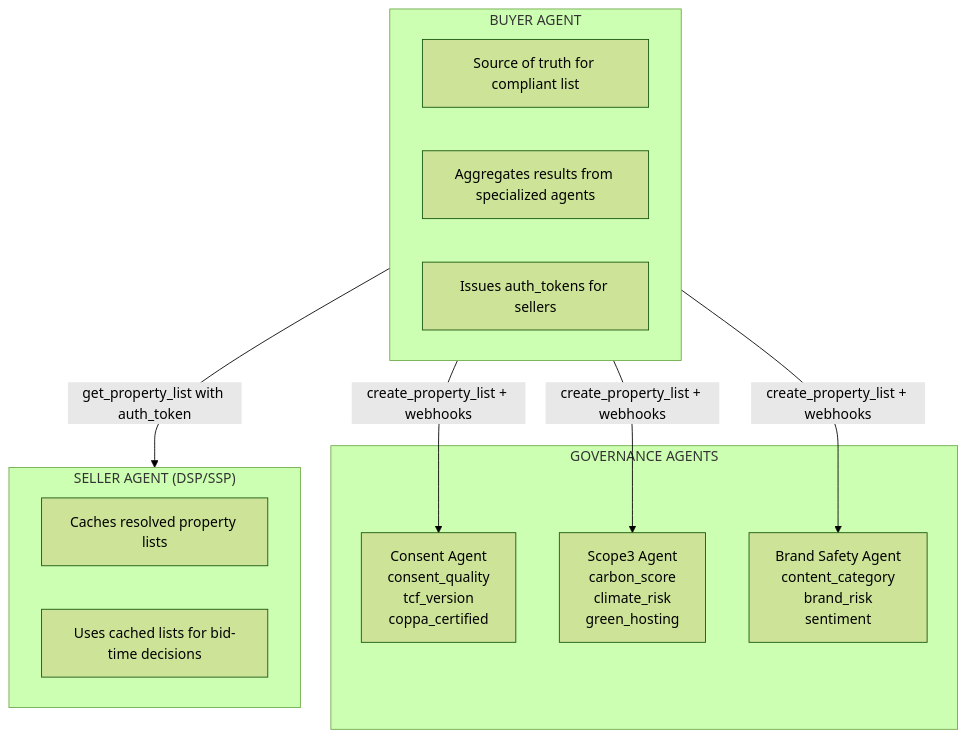
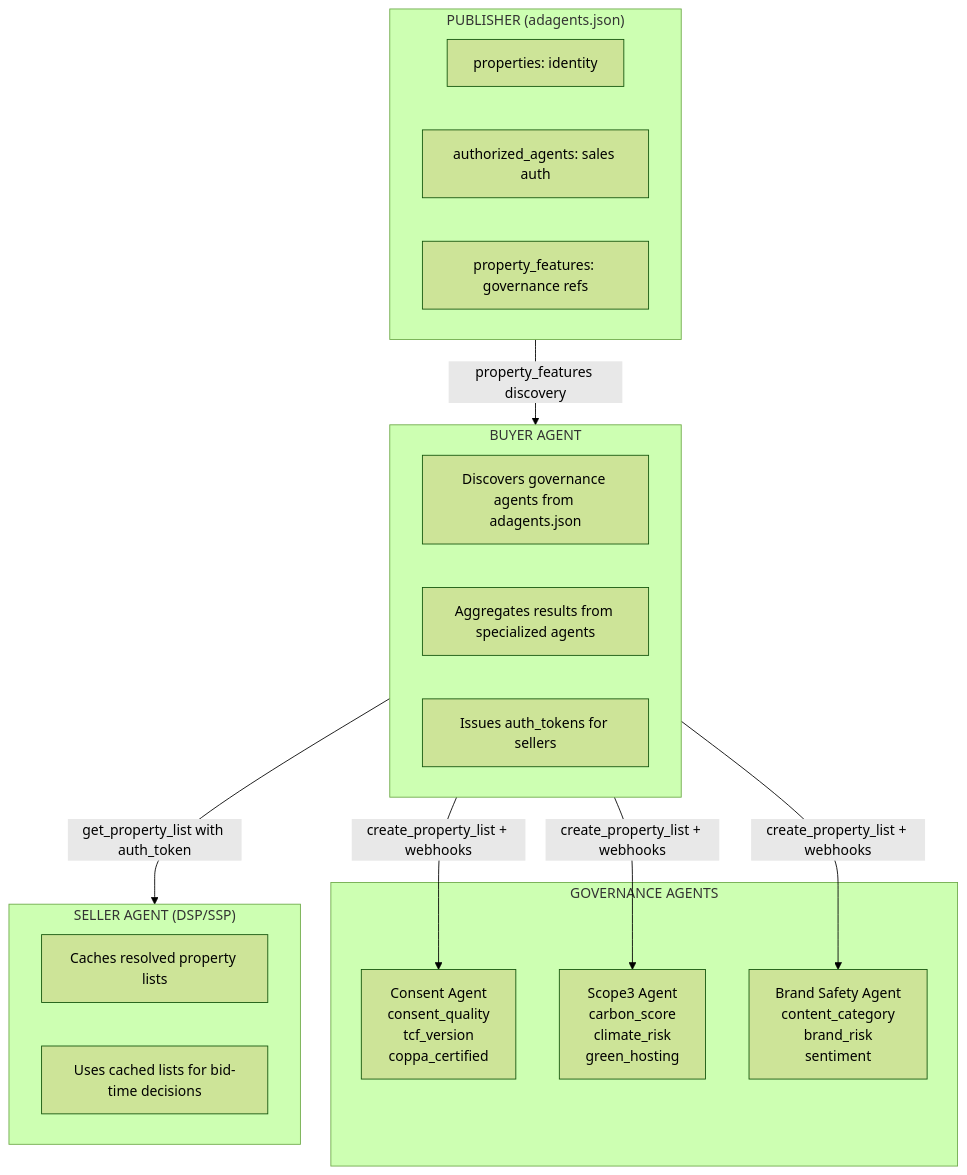
One commit to adcontextprotocol/adcp changed the diagram in v2.6-rc/docs/governance/property/index.mdx. Above: the diagram before and after it, drawn with Mermaid (forest theme). The commit also changed other lines of this file and 56 other files, not shown here.

Commit message:
chore: sync v2.6-rc docs and schemas from 2.6.x branch

````diff
--- a/v2.6-rc/docs/governance/property/index.mdx
+++ b/v2.6-rc/docs/governance/property/index.mdx
@@ -114,25 +148,32 @@
 ```mermaid
 flowchart TB
+    subgraph Publisher["PUBLISHER (adagents.json)"]
+        P1["properties: identity"]
+        P2["authorized_agents: sales auth"]
+        P3["property_features: governance refs"]
+    end
+
     subgraph Buyer["BUYER AGENT"]
-        B1[Source of truth for compliant list]
+        B1[Discovers governance agents from adagents.json]
         B2[Aggregates results from specialized agents]
         B3[Issues auth_tokens for sellers]
     end
 
     subgraph Governance["GOVERNANCE AGENTS"]
         CA["Consent Agent<br/>consent_quality<br/>tcf_version<br/>coppa_certified"]
         S3["Scope3 Agent<br/>carbon_score<br/>climate_risk<br/>green_hosting"]
         BS["Brand Safety Agent<br/>content_category<br/>brand_risk<br/>sentiment"]
     end
 
     subgraph Seller["SELLER AGENT (DSP/SSP)"]
         SE1[Caches resolved property lists]
         SE2[Uses cached lists for bid-time decisions]
     end
 
+    Publisher -->|property_features discovery| Buyer
     Buyer -->|create_property_list + webhooks| CA
     Buyer -->|create_property_list + webhooks| S3
     Buyer -->|create_property_list + webhooks| BS
 
     Buyer -->|get_property_list with auth_token| Seller
 ```
````
